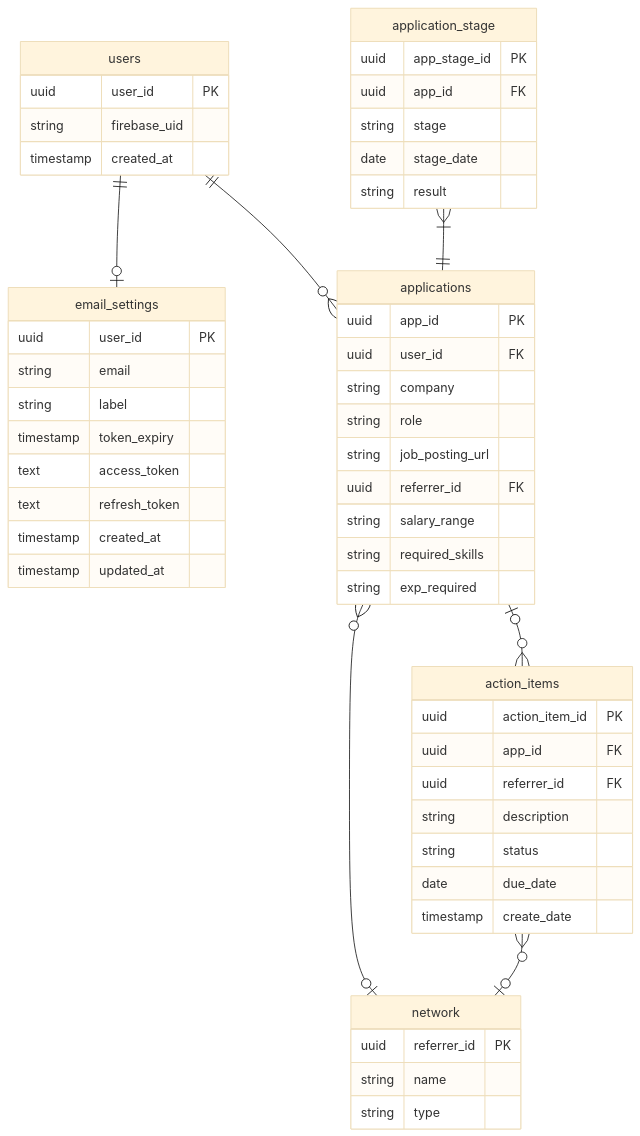
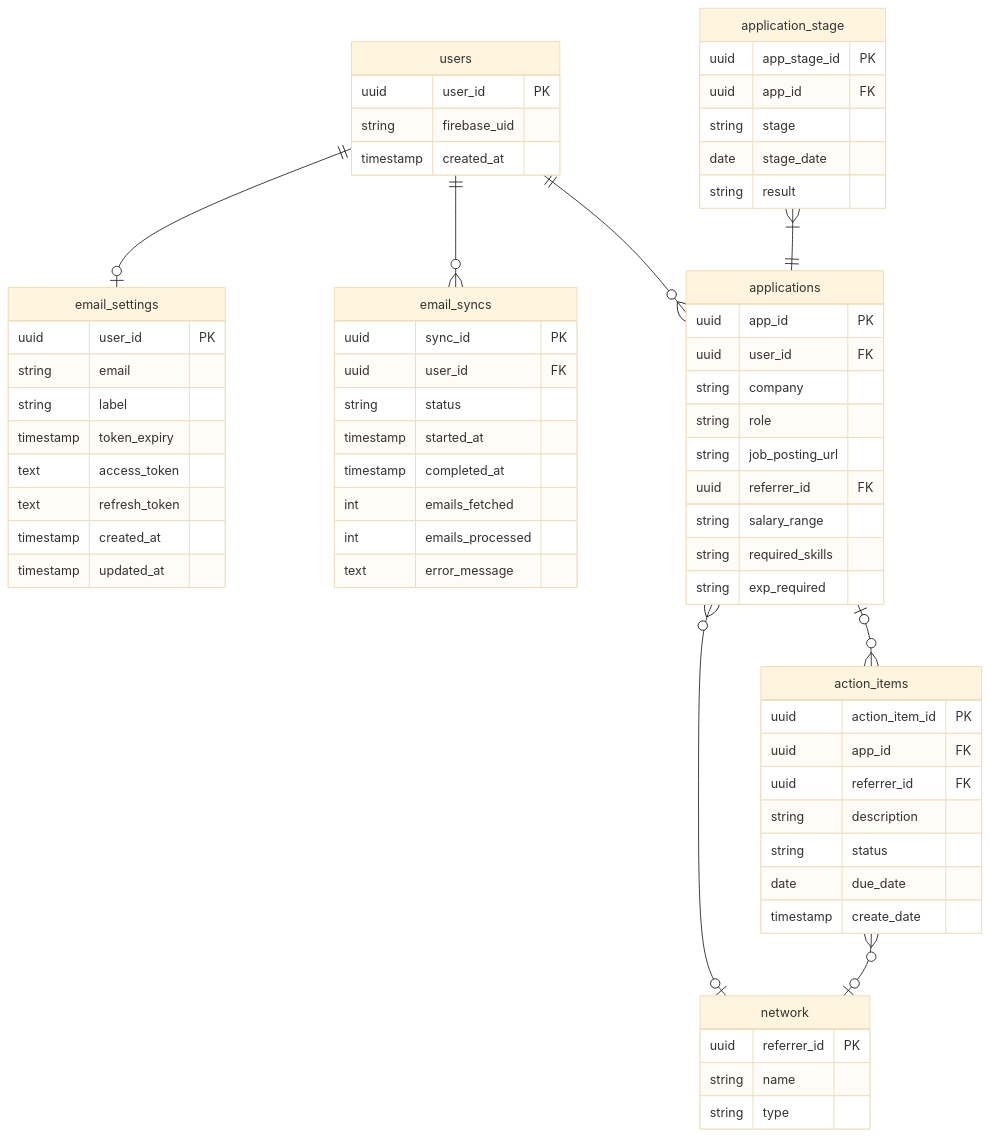
One commit to kaikaikoala/your-job-hunt changed the second of 2 diagrams in README.md. Above: the diagram before and after it, drawn with Mermaid (base theme). The commit also changed other lines of this file and 39 other files, not shown here.

````diff
--- a/README.md
+++ b/README.md
@@ -226,62 +259,74 @@
 ```mermaid
 erDiagram
     users {
         uuid user_id PK
         string firebase_uid
         timestamp created_at
     }
     users ||--o| email_settings : ""
+    users ||--o{ email_syncs : ""
     users ||--o{ applications : ""
 
     email_settings {
         uuid user_id PK
         string email
         string label
         timestamp token_expiry
         text access_token
         text refresh_token
         timestamp created_at
         timestamp updated_at
+    }
+
+    email_syncs {
+        uuid sync_id PK
+        uuid user_id FK
+        string status
+        timestamp started_at
+        timestamp completed_at
+        int emails_fetched
+        int emails_processed
+        text error_message
     }
 
     application_stage {
         uuid app_stage_id PK
         uuid app_id FK
         string stage
         date stage_date
         string result
     }
     application_stage }|--|| applications : ""
 
     applications {
         uuid app_id PK
         uuid user_id FK
         string company
         string role
         string job_posting_url
         uuid referrer_id FK
         string salary_range
         string required_skills
         string exp_required
     }
     applications |o--o{ action_items : ""
     applications }o--o| network : ""
 
     action_items }o--o| network : ""
 
     action_items {
         uuid action_item_id PK
         uuid app_id FK
         uuid referrer_id FK
         string description
         string status
         date due_date
         timestamp create_date
     }
 
     network {
         uuid referrer_id PK
         string name
         string type
     }
 ```
````
